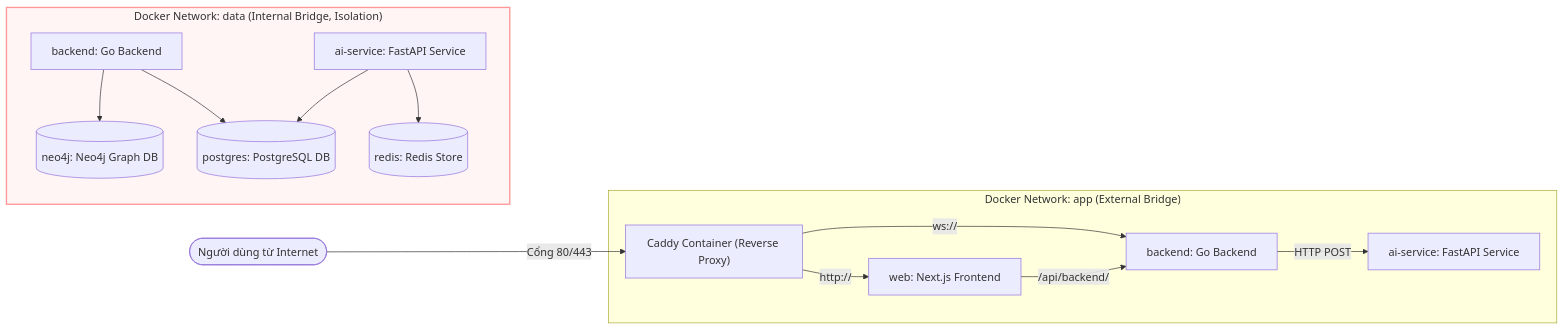
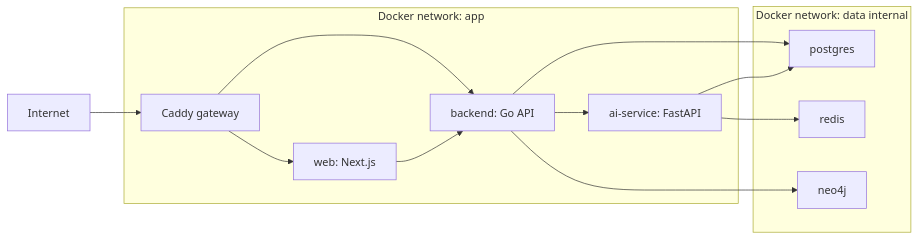
Diagram 13 of 13 in docs/report/compiled/final_combined/03-xay-dung-he-thong.md (5CLCsCan/ConferenceSpace), drawn with Mermaid before and after one commit. The commit also changed other lines of this file and 2 other files, not shown here.

````diff
--- a/docs/report/compiled/final_combined/03-xay-dung-he-thong.md
+++ b/docs/report/compiled/final_combined/03-xay-dung-he-thong.md
@@ -660,37 +418,26 @@
 ```mermaid
-graph LR
-    %% Định nghĩa bên ngoài và Proxy
-    Internet([Người dùng từ Internet]) -->|Cổng 80/443| Caddy["Caddy Container (Reverse Proxy)"]
-    
-    %% Mạng app
-    subgraph Net_App ["Docker Network: app (External Bridge)"]
+flowchart LR
+    Internet["Internet"] --> Caddy["Caddy gateway"]
+
+    subgraph App["Docker network: app"]
         Caddy
-        NextJS["web: Next.js Frontend"]
-        BE_App["backend: Go Backend"]
-        AI_App["ai-service: FastAPI Service"]
+        Web["web: Next.js"]
+        BE["backend: Go API"]
+        AI["ai-service: FastAPI"]
     end
-    
-    %% Mạng data
-    subgraph Net_Data ["Docker Network: data (Internal Bridge, Isolation)"]
-        BE_Data["backend: Go Backend"]
-        AI_Data["ai-service: FastAPI Service"]
-        Postgres[("postgres: PostgreSQL DB")]
-        Redis[("redis: Redis Store")]
-        Neo4j[("neo4j: Neo4j Graph DB")]
+
+    subgraph Data["Docker network: data internal"]
+        PG["postgres"]
+        Redis["redis"]
+        Neo["neo4j"]
     end
-    
-    %% Đường dẫn lưu lượng
-    Caddy -->|ws://| BE_App
-    Caddy -->|http://| NextJS
-    NextJS -->|/api/backend/| BE_App
-    BE_App -->|HTTP POST| AI_App
-    
-    %% Kết nối cô lập
-    BE_Data --> Postgres
-    BE_Data --> Neo4j
-    AI_Data --> Redis
-    AI_Data --> Postgres
-    
-    %% Style cô lập mạng dữ liệu
-    style Net_Data fill:#fff5f5,stroke:#ff9999,stroke-width:2px;
+
+    Caddy --> Web
+    Caddy --> BE
+    Web --> BE
+    BE --> AI
+    BE --> PG
+    BE --> Neo
+    AI --> Redis
+    AI --> PG
 ```
````
